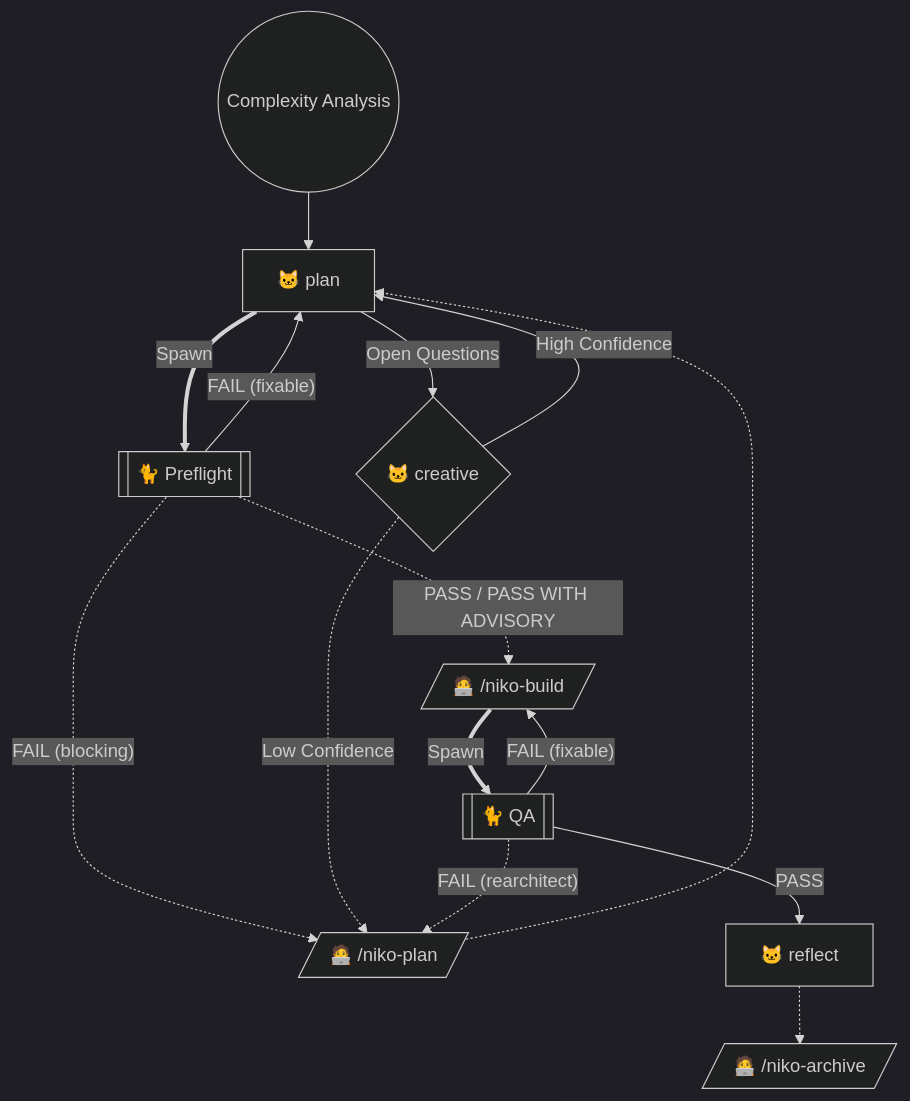
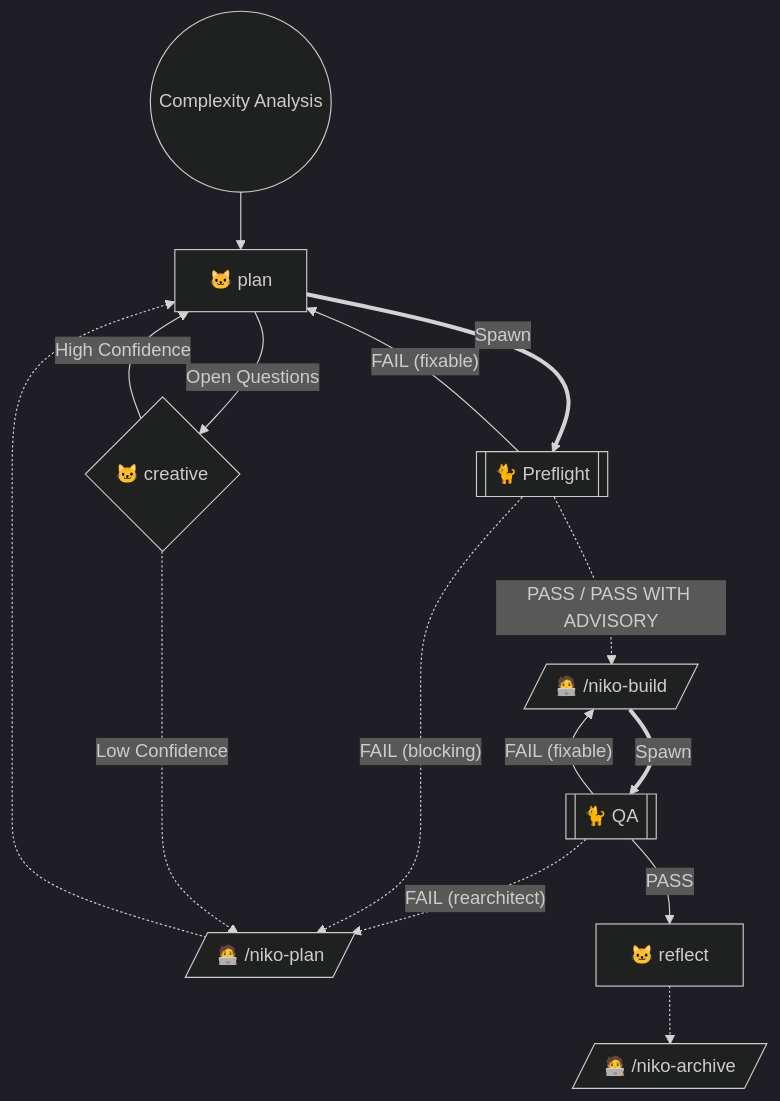
One commit to Texarkanine/.cursor-rules changed the diagram in rulesets/niko/skills/niko/references/level3/level3-workflow.md. Above: the diagram before and after it, drawn with Mermaid (dark theme). The commit also changed 1 other file, not shown here.

Commit message:
fix(docs): README charts and level3 chart

````diff
--- a/rulesets/niko/skills/niko/references/level3/level3-workflow.md
+++ b/rulesets/niko/skills/niko/references/level3/level3-workflow.md
@@ -9,20 +9,31 @@
 ```mermaid
 graph TD
-    Start(("Complexity Analysis")) --> NikoPlan["🐱 plan"]
-    NikoPlan ==Spawn==> NikoPreflight[["🐈 Preflight"]]
-    NikoPreflight -.->|"PASS / PASS WITH ADVISORY"| ManualBuild[/"🧑‍💻 /niko-build"/]
+    Start(("Complexity Analysis"))
+    NikoPlan["🐱 plan"]
+    NikoPreflight[["🐈 Preflight"]]
+    ManualBuild[/"🧑‍💻 /niko-build"/]
+    ManualPlan[/"🧑‍💻 /niko-plan"/]
+    NikoQA[["🐈 QA"]]
+    NikoReflect["🐱 reflect"]
+    ManualArchive[/"🧑‍💻 /niko-archive"/]
+    NikoCreative{"🐱 creative"}
+    
+    Start --> NikoPlan
+    NikoPlan ==Spawn==> NikoPreflight
+    NikoPreflight -.->|"PASS / PASS WITH ADVISORY"| ManualBuild
     NikoPreflight -->|"FAIL (fixable)"| NikoPlan
-    NikoPreflight -.->|"FAIL (blocking)"| ManualPlan[/"🧑‍💻 /niko-plan"/]
 
-    NikoPlan -->|"Open Questions"| NikoCreative{"🐱 creative"}
+    ManualBuild ==Spawn==> NikoQA
+    NikoQA -->|"PASS"| NikoReflect
+    NikoReflect -.-> ManualArchive
+    NikoQA -->|"FAIL (fixable)"| ManualBuild
+    NikoQA -.->|"FAIL (rearchitect)"| ManualPlan
+
+    NikoPreflight -.->|"FAIL (blocking)"| ManualPlan
+
+    NikoPlan -->|"Open Questions"| NikoCreative
     NikoCreative -->|"High Confidence"| NikoPlan
     NikoCreative -.->|"Low Confidence"| ManualPlan
 
-    ManualBuild ==Spawn==> NikoQA[["🐈 QA"]]
-    NikoQA -->|"PASS"| NikoReflect["🐱 reflect"]
-    NikoReflect -.-> ManualArchive[/"🧑‍💻 /niko-archive"/]
-    NikoQA -->|"FAIL (fixable)"| ManualBuild
-    NikoQA -.->|"FAIL (rearchitect)"| ManualPlan
-
     ManualPlan -.-> NikoPlan
 ```
````
